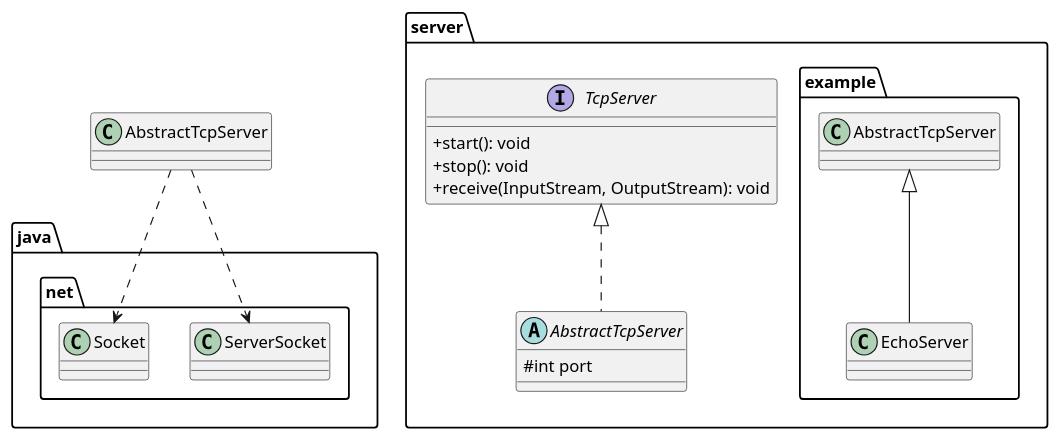
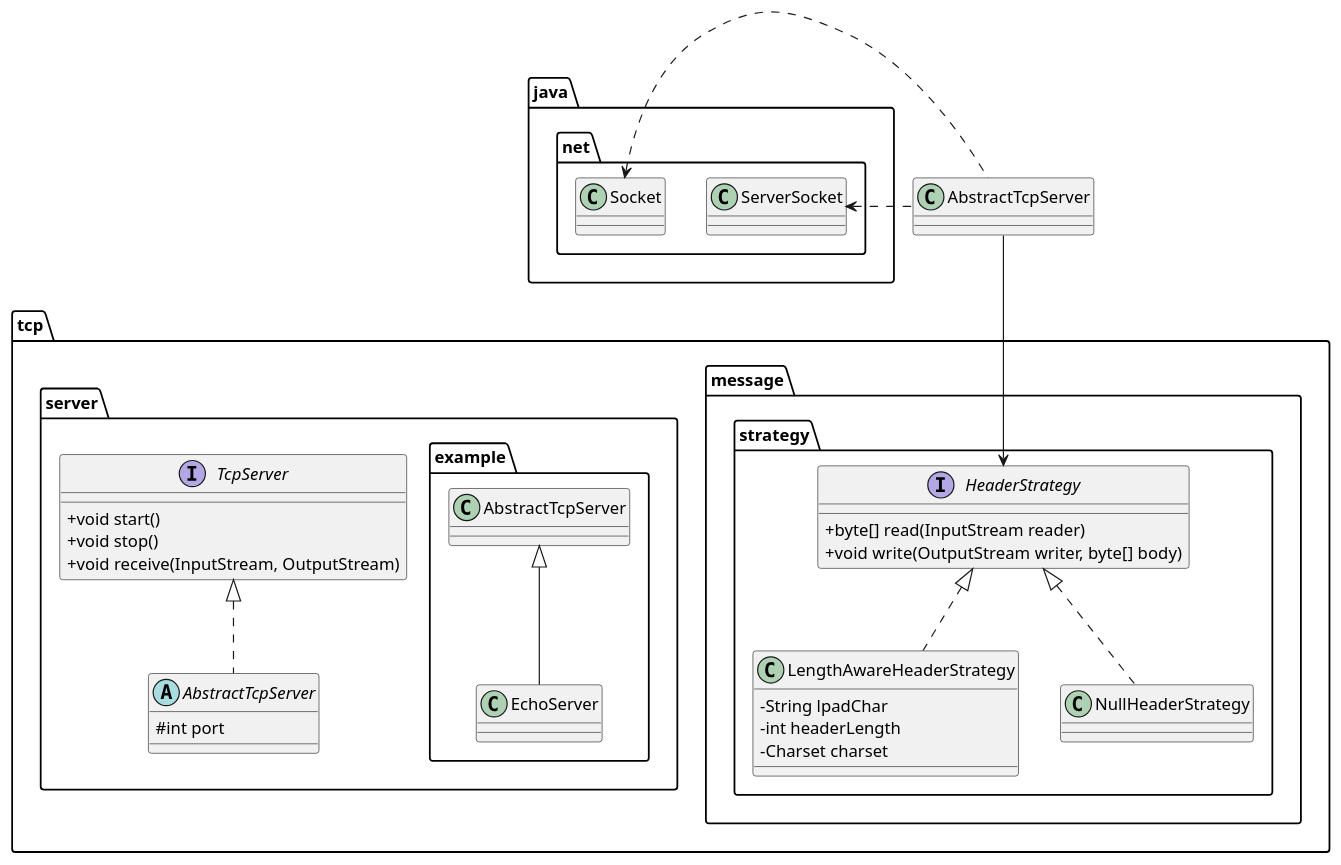
The diagram in docs/tcp-server.puml (meshkorea/vroong-tcplibrary), drawn with PlantUML before and after one commit. The commit also changed 18 other files, not shown here.

Commit message:
TCP 메시지 Read, Write에 strategy 패턴 적용

```diff
--- a/docs/tcp-server.puml
+++ b/docs/tcp-server.puml
@@ -1,29 +1,49 @@
 @startuml
 
 skinparam ClassAttributeIconSize 0
 
-package server {
-  interface TcpServer {
-    + start(): void
-    + stop(): void
-    + receive(InputStream, OutputStream): void
+package tcp {
+  package message {
+    package strategy {
+      interface HeaderStrategy {
+        + byte[] read(InputStream reader)
+        + void write(OutputStream writer, byte[] body)
+      }
+
+      class LengthAwareHeaderStrategy implements HeaderStrategy {
+        - String lpadChar
+        - int headerLength
+        - Charset charset
+      }
+
+      class NullHeaderStrategy implements HeaderStrategy
+    }
   }
 
-  abstract class AbstractTcpServer implements TcpServer {
-    # int port
-  }
+  package server {
+    interface TcpServer {
+      + void start()
+      + void stop()
+      + void receive(InputStream, OutputStream)
+    }
 
-  package example {
-    class EchoServer extends AbstractTcpServer {}
+    abstract class AbstractTcpServer implements TcpServer {
+      # int port
+    }
+
+    package example {
+      class EchoServer extends AbstractTcpServer {}
+    }
   }
 }
 
 package java.net {
   class ServerSocket
   class Socket
 }
 
-AbstractTcpServer ..> ServerSocket
-AbstractTcpServer ..> Socket
+AbstractTcpServer .left.> ServerSocket
+AbstractTcpServer .left.> Socket
+AbstractTcpServer --> HeaderStrategy
 
 @enduml
```
